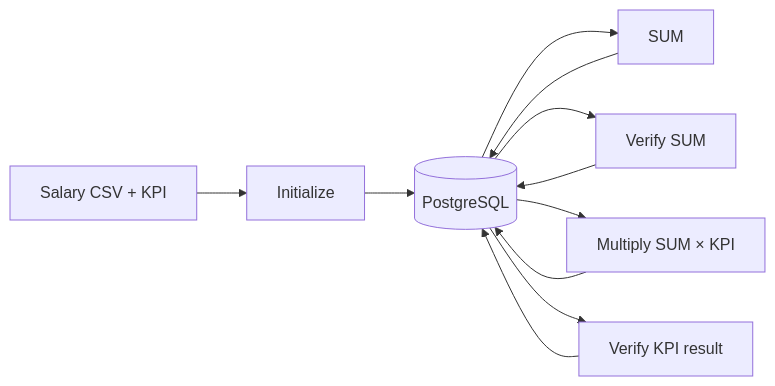
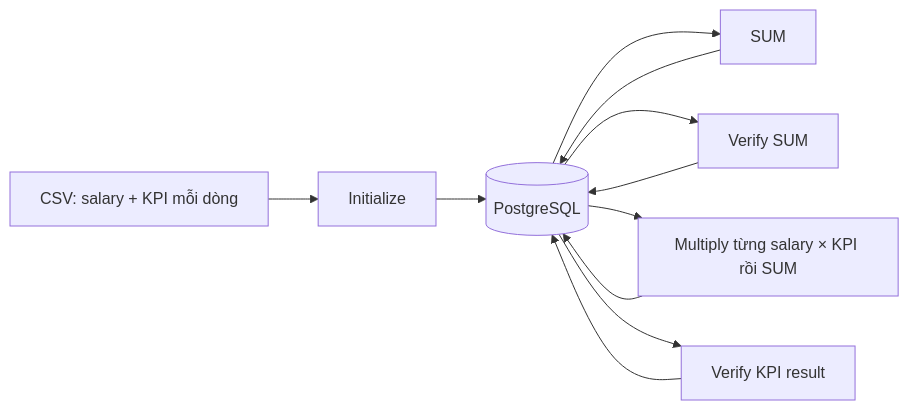
Before and after one commit to Nhatcao1/k3s-demo-gitops: the diagram in demo/cpu-postgres/OVERVIEW.md, drawn with Mermaid. The commit also changed other lines of this file and 5 other files, not shown here.

Commit message:
Generate a KPI for each salary row

````diff
--- a/demo/cpu-postgres/OVERVIEW.md
+++ b/demo/cpu-postgres/OVERVIEW.md
@@ -3,13 +3,13 @@
 ```mermaid
 flowchart LR
-    A[Salary CSV + KPI] --> B[Initialize]
+    A[CSV: salary + KPI mỗi dòng] --> B[Initialize]
     B --> P[(PostgreSQL)]
     P --> C[SUM]
     C --> P
     P --> D[Verify SUM]
     D --> P
-    P --> E[Multiply SUM × KPI]
+    P --> E[Multiply từng salary × KPI rồi SUM]
     E --> P
     P --> F[Verify KPI result]
     F --> P
 ```
````
